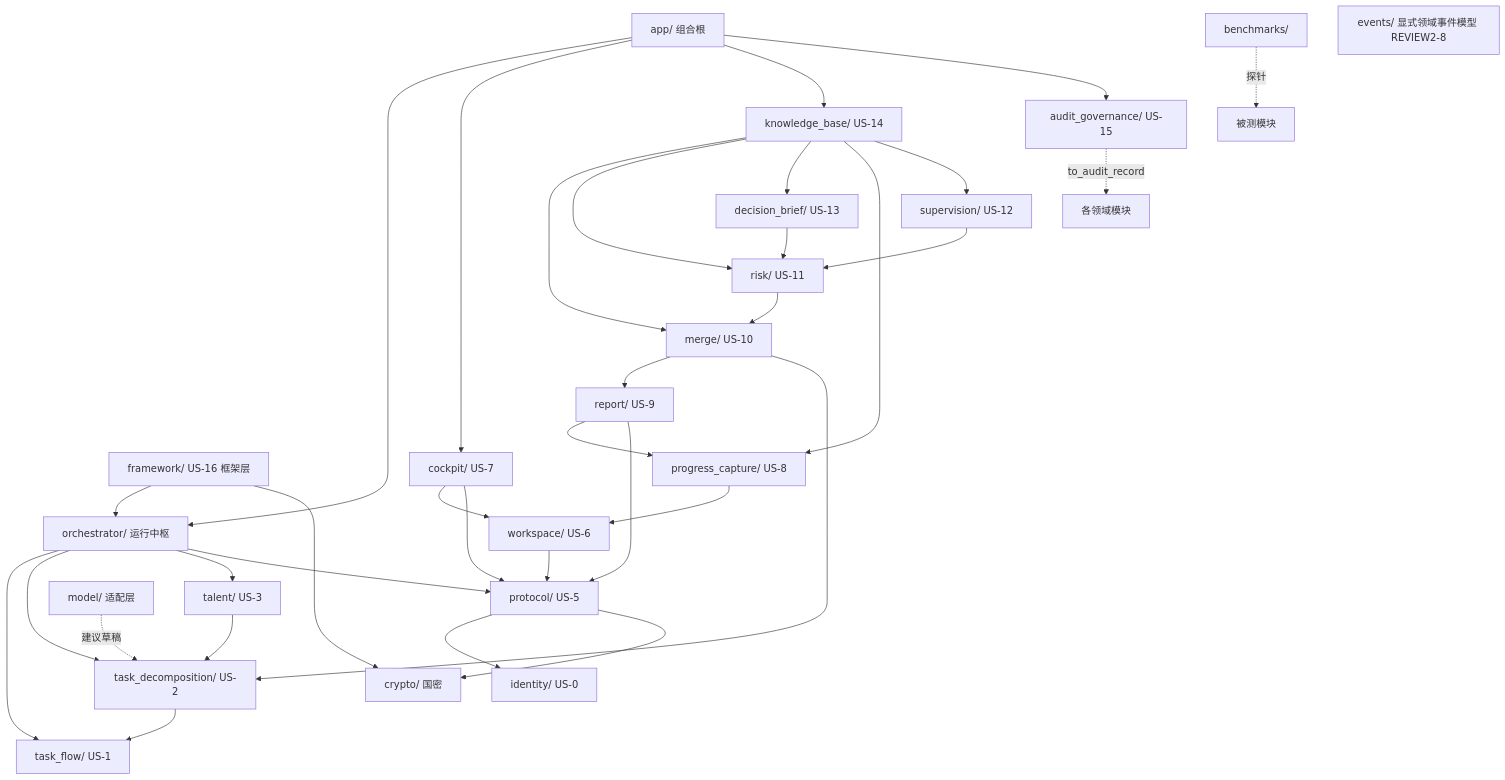
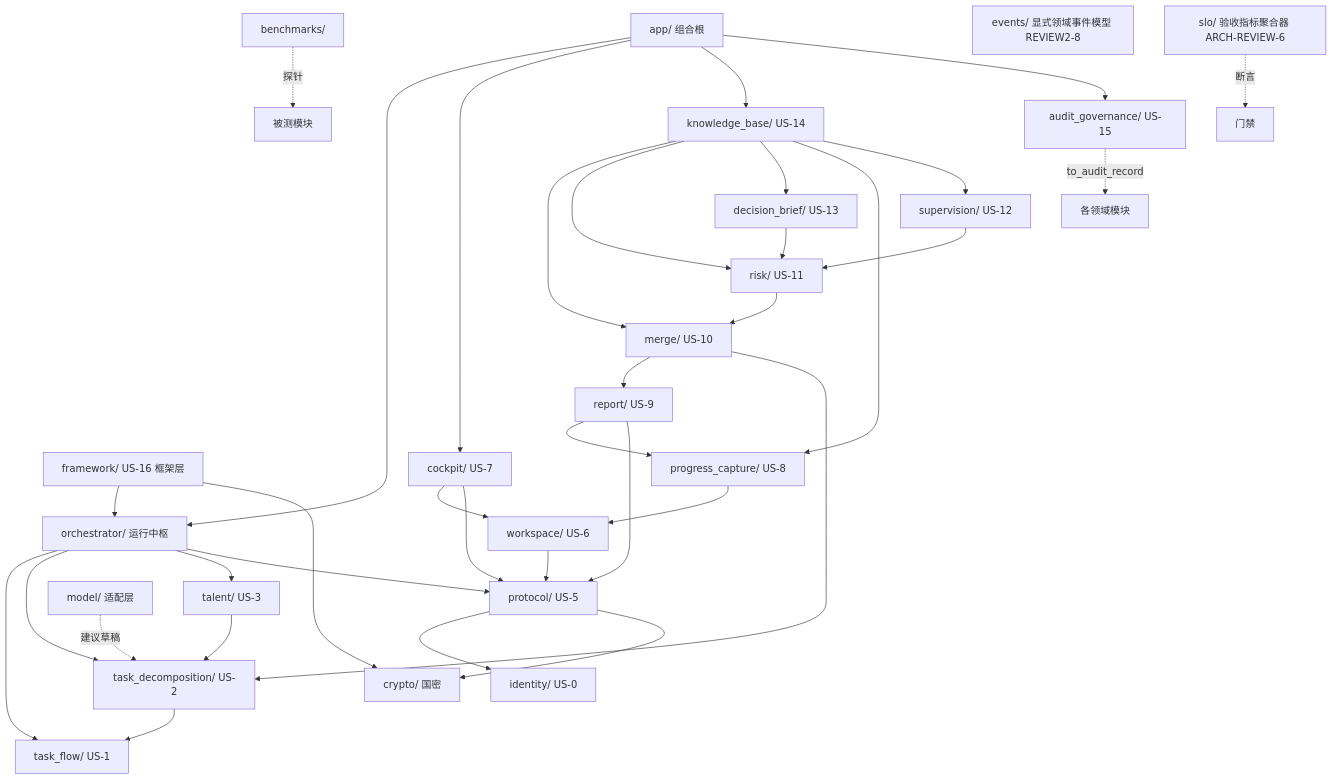
Before and after one commit to xuemzhan/Coevo: the diagram in docs/modules/README.md, drawn with Mermaid. The commit also changed 7 other files, not shown here.

Commit message:
fix(arch): ARCH-REVIEW-6 验收指标 SLO 化——src/coevo/slo 纯函数聚合器 + assert_slo_thresholds（空分母 fail-closed/未知指标违规）、§20 指标分可门禁化/试点测量、真实管线 e2e SLO 断言、契约/模块文档 + 守卫

````diff
--- a/docs/modules/README.md
+++ b/docs/modules/README.md
@@ -35,37 +35,38 @@
 ```mermaid
 flowchart TD
   APP[app/ 组合根] --> ORC[orchestrator/ 运行中枢]
   FW[framework/ US-16 框架层] --> ORC
   FW --> CRY[crypto/ 国密]
   ORC --> TF[task_flow/ US-1]
   ORC --> TD[task_decomposition/ US-2]
   ORC --> TL[talent/ US-3]
   ORC --> PROTO[protocol/ US-5]
   TD --> TF
   TL --> TD
   PROTO --> ID[identity/ US-0]
   PROTO --> CRY[crypto/ 国密]
   WS[workspace/ US-6] --> PROTO
   PC[progress_capture/ US-8] --> WS
   RP[report/ US-9] --> PC
   RP --> PROTO
   MG[merge/ US-10] --> RP
   MG --> TD
   RK[risk/ US-11] --> MG
   SP[supervision/ US-12] --> RK
   DB[decision_brief/ US-13] --> RK
   KB[knowledge_base/ US-14] --> MG
   KB --> RK
   KB --> DB
   KB --> PC
   KB --> SP
   CP[cockpit/ US-7] --> WS
   CP --> PROTO
   APP --> CP
   APP --> KB
   APP --> AG[audit_governance/ US-15]
   AG -.to_audit_record.-> 各领域模块
   MODEL[model/ 适配层] -.建议草稿.-> TD
   BENCH[benchmarks/] -.探针.-> 被测模块
   EV[events/ 显式领域事件模型 REVIEW2-8]
+  SLO[slo/ 验收指标聚合器 ARCH-REVIEW-6] -.断言.-> 门禁
 ```
````
